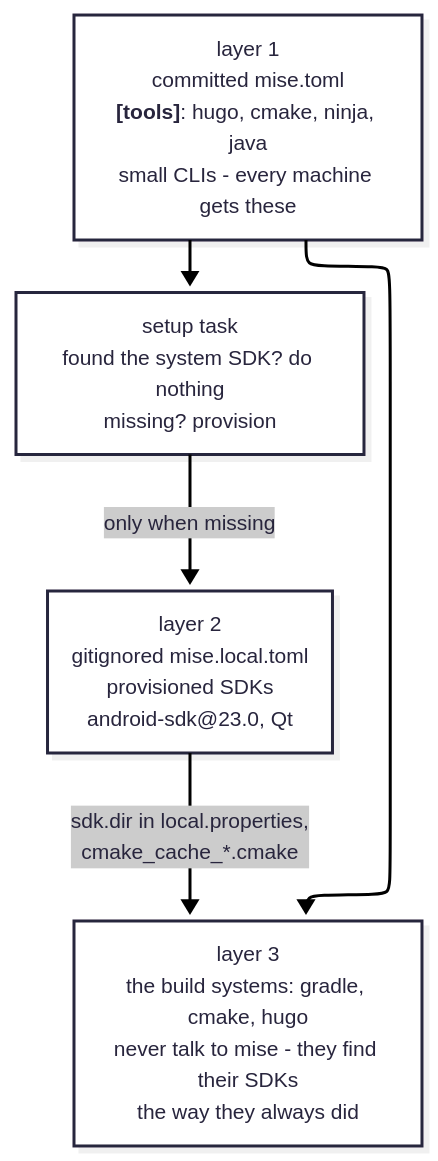
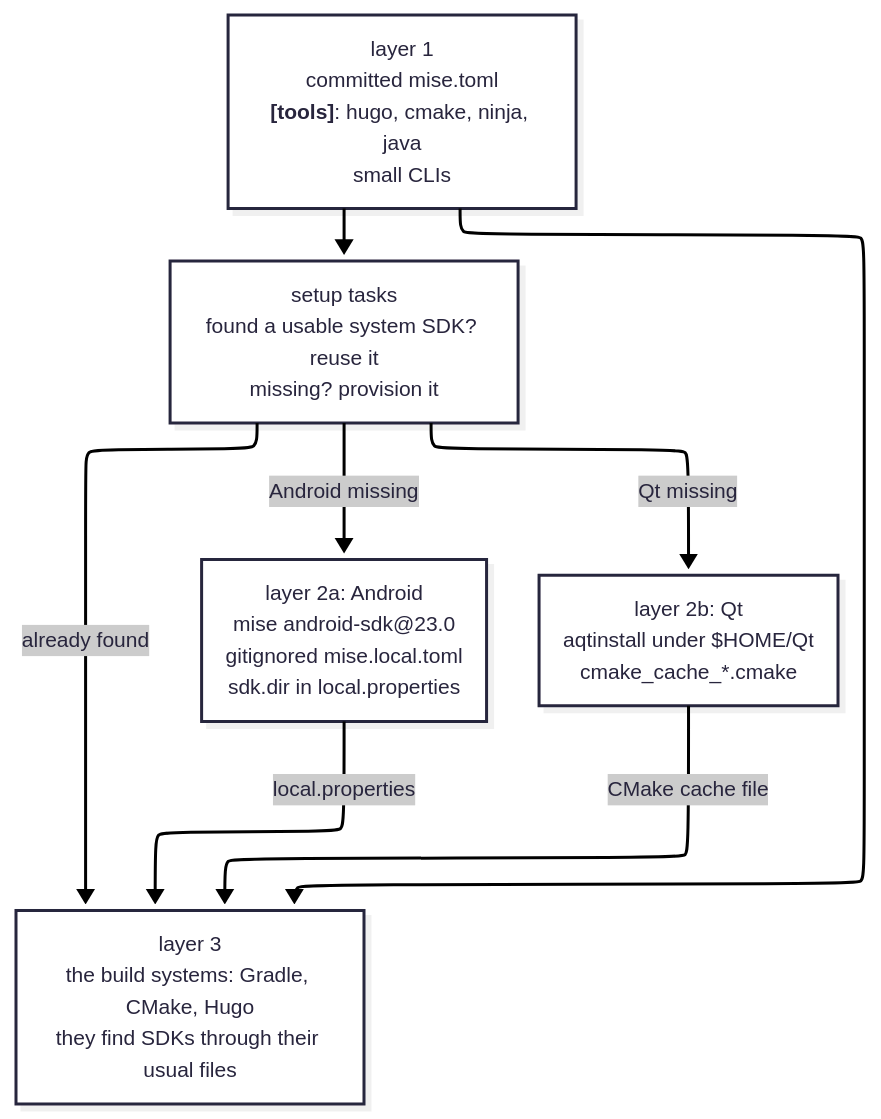
Before and after one commit to kitswas/VirtualGamePad: the diagram in content/blog/mise-as-a-meta-manager.md, drawn with Mermaid. The commit also changed other lines of this file, not shown here.

Commit message:
Refine blog post on mise as a meta-manager

````diff
--- a/content/blog/mise-as-a-meta-manager.md
+++ b/content/blog/mise-as-a-meta-manager.md
@@ -44,17 +56,21 @@
 ```mermaid
 ---
 config:
   look: neo
   theme: redux-color
   layout: elk
 ---
 flowchart TD
-    A["layer 1<br/>committed mise.toml<br/><b>[tools]</b>: hugo, cmake, ninja, java<br/>small CLIs - every machine gets these"]
-    B["setup task<br/>found the system SDK? do nothing<br/>missing? provision"]
-    C["layer 2<br/>gitignored mise.local.toml<br/>provisioned SDKs<br/>android-sdk@23.0, Qt"]
-    D["layer 3<br/>the build systems: gradle, cmake, hugo<br/>never talk to mise - they find their SDKs<br/>the way they always did"]
+    A["layer 1<br/>committed mise.toml<br/><b>[tools]</b>: hugo, cmake, ninja, java<br/>small CLIs"]
+    B["setup tasks<br/>found a usable system SDK? reuse it<br/>missing? provision it"]
+    C["layer 2a: Android<br/>mise android-sdk@23.0<br/>gitignored mise.local.toml<br/>sdk.dir in local.properties"]
+    E["layer 2b: Qt<br/>aqtinstall under $HOME/Qt<br/>cmake_cache_*.cmake"]
+    D["layer 3<br/>the build systems: Gradle, CMake, Hugo<br/>they find SDKs through their usual files"]
     A --> B
-    B -- "only when missing" --> C
+    B -- "Android missing" --> C
+    B -- "Qt missing" --> E
+    B -- "already found" --> D
     A --> D
-    C -- "sdk.dir in local.properties,<br/>cmake_cache_*.cmake" --> D
+    C -- "local.properties" --> D
+    E -- "CMake cache file" --> D
 ```
````
